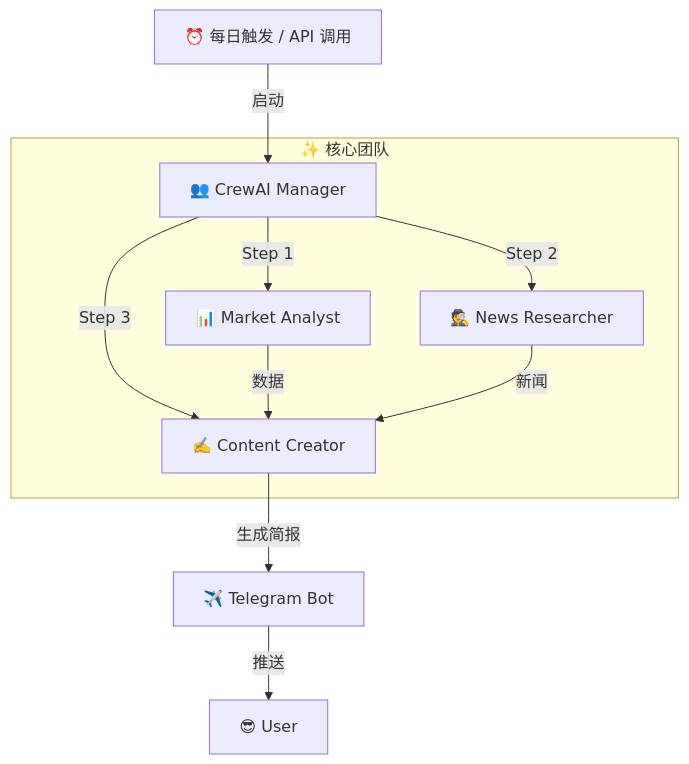
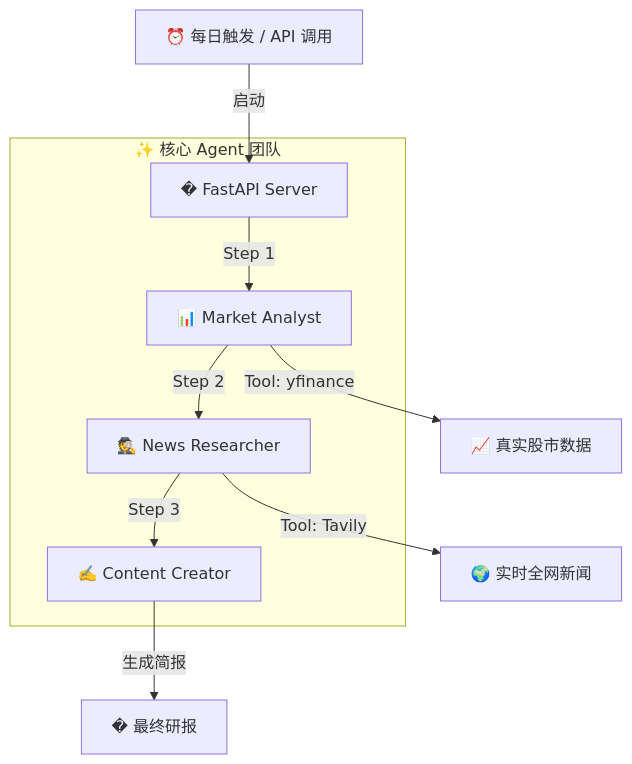
One commit to CaiusLuo/Connect-to-QQQ100-index-agent changed the diagram in README.md. Above: the diagram before and after it, drawn with Mermaid. The commit also changed other lines of this file and 9 other files, not shown here.

````diff
--- a/README.md
+++ b/README.md
@@ -25,16 +27,15 @@
 ```mermaid
 graph TD
-    Start[⏰ 每日触发 / API 调用] --> |启动| Crew[👥 CrewAI Manager]
+    Start[⏰ 每日触发 / API 调用] --> |启动| Server[� FastAPI Server]
     
-    subgraph Team [✨ 核心团队]
-        Crew --> |Step 1| Analyst[📊 Market Analyst]
-        Crew --> |Step 2| Researcher[🕵️ News Researcher]
-        Crew --> |Step 3| Writer[✍️ Content Creator]
+    subgraph Team [✨ 核心 Agent 团队]
+        Server --> |Step 1| Analyst[📊 Market Analyst]
+        Analyst --> |Step 2| Researcher[🕵️ News Researcher]
+        Researcher --> |Step 3| Writer[✍️ Content Creator]
     end
 
-    Analyst --> |数据| Writer
-    Researcher --> |新闻| Writer
+    Analyst --> |Tool: yfinance| Data[📈 真实股市数据]
+    Researcher --> |Tool: Tavily| News[🌍 实时全网新闻]
     
-    Writer --> |生成简报| Telegram[✈️ Telegram Bot]
-    Telegram --> |推送| User[😎 User]
+    Writer --> |生成简报| Final[� 最终研报]
 ```
````
